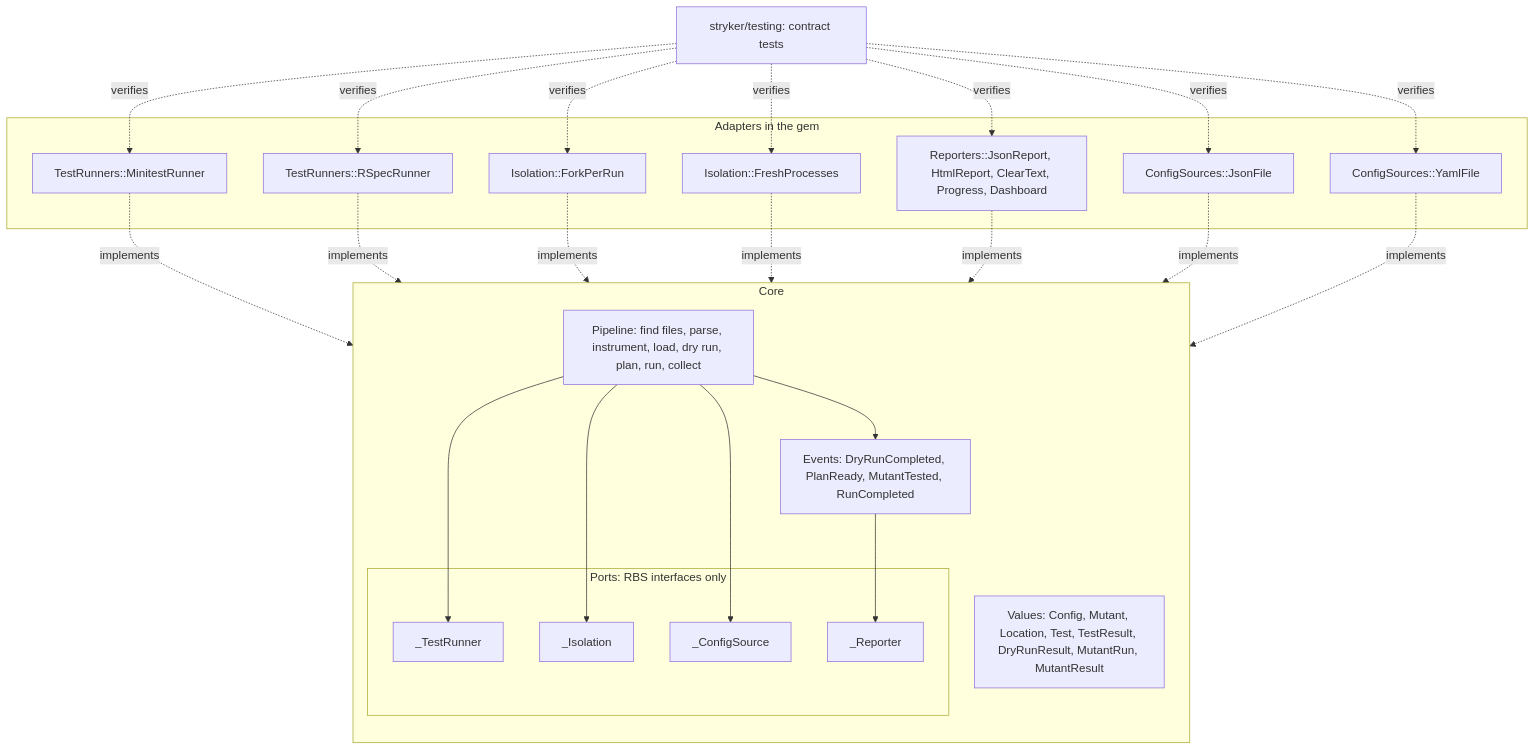
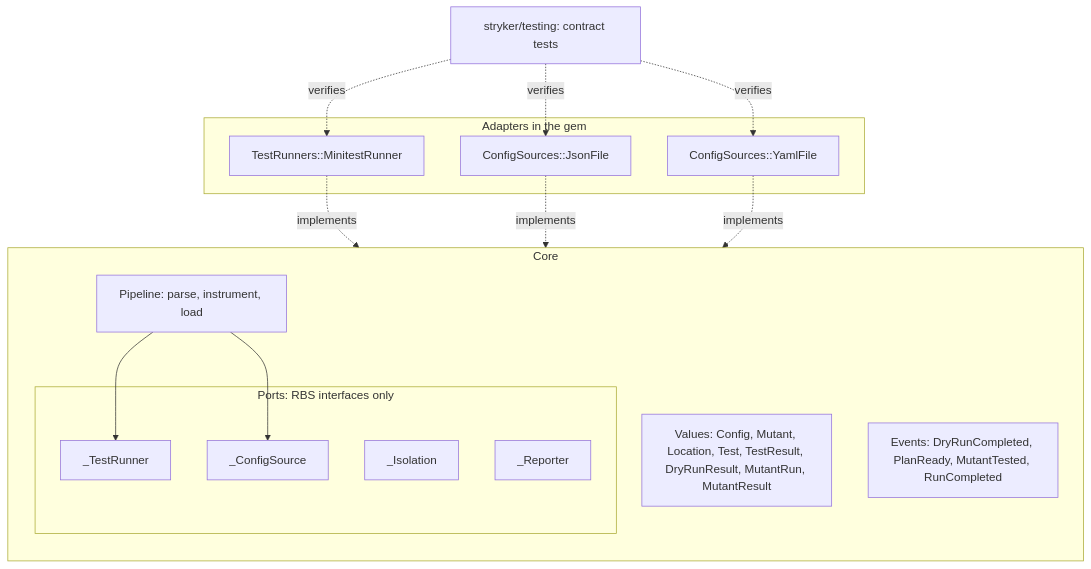
One commit to setdef/stryker_for_ruby changed the third of 3 diagrams in docs/design/architecture.md. Above: the diagram before and after it, drawn with Mermaid. The commit also changed other lines of this file, not shown here.

First line of the commit message:
docs: keep the architecture page to the structure

````diff
--- a/docs/design/architecture.md
+++ b/docs/design/architecture.md
@@ -78,33 +48,25 @@
 ```mermaid
 flowchart TB
   subgraph core["Core"]
     direction TB
-    PIPE["Pipeline: find files, parse, instrument, load, dry run, plan, run, collect"]
+    PIPE["Pipeline: parse, instrument, load"]
     VAL["Values: Config, Mutant, Location, Test, TestResult, DryRunResult, MutantRun, MutantResult"]
     EVT["Events: DryRunCompleted, PlanReady, MutantTested, RunCompleted"]
     subgraph ports["Ports: RBS interfaces only"]
       TR["_TestRunner"]
       ISO["_Isolation"]
       REPP["_Reporter"]
       CS["_ConfigSource"]
     end
   end
   subgraph adapters["Adapters in the gem"]
     MT["TestRunners::MinitestRunner"]
-    RS["TestRunners::RSpecRunner"]
-    FK["Isolation::ForkPerRun"]
-    FP["Isolation::FreshProcesses"]
-    JR["Reporters::JsonReport, HtmlReport, ClearText, Progress, Dashboard"]
     JC["ConfigSources::JsonFile"]
     YC["ConfigSources::YamlFile"]
   end
   CT["stryker/testing: contract tests"]
-  PIPE --> TR & ISO & CS
-  PIPE --> EVT
-  EVT --> REPP
-  MT & RS -. implements .-> TR
-  FK & FP -. implements .-> ISO
-  JR -. implements .-> REPP
+  PIPE --> TR & CS
+  MT -. implements .-> TR
   JC & YC -. implements .-> CS
-  CT -. verifies .-> MT & RS & FK & FP & JR & JC & YC
+  CT -. verifies .-> MT & JC & YC
 ```
````
